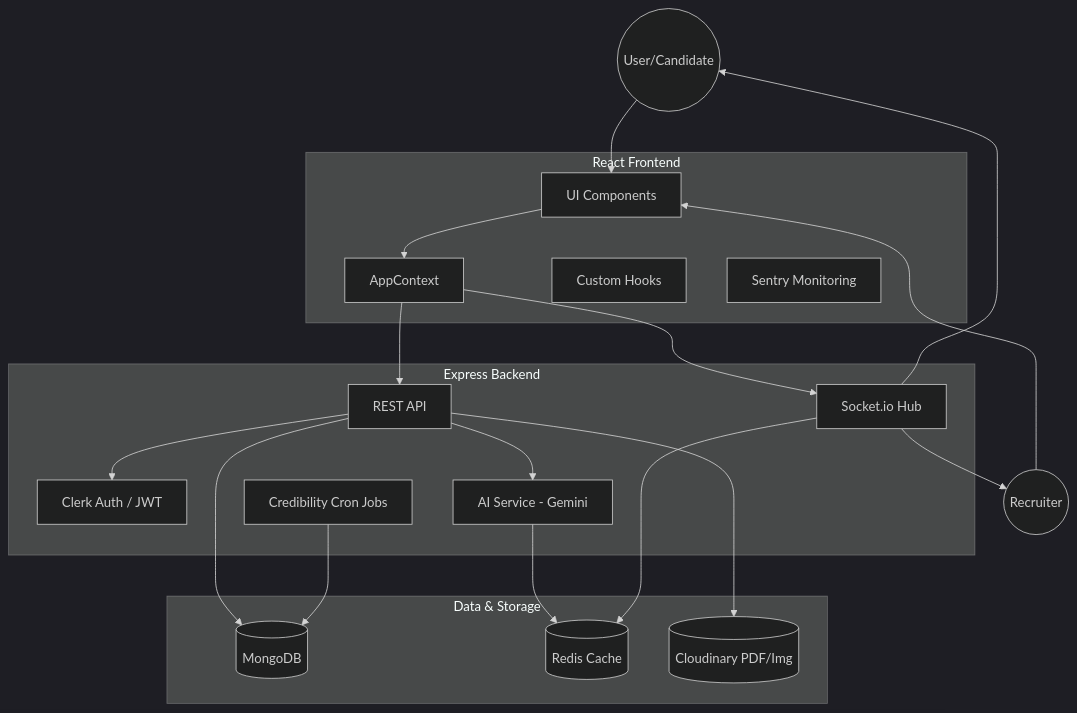
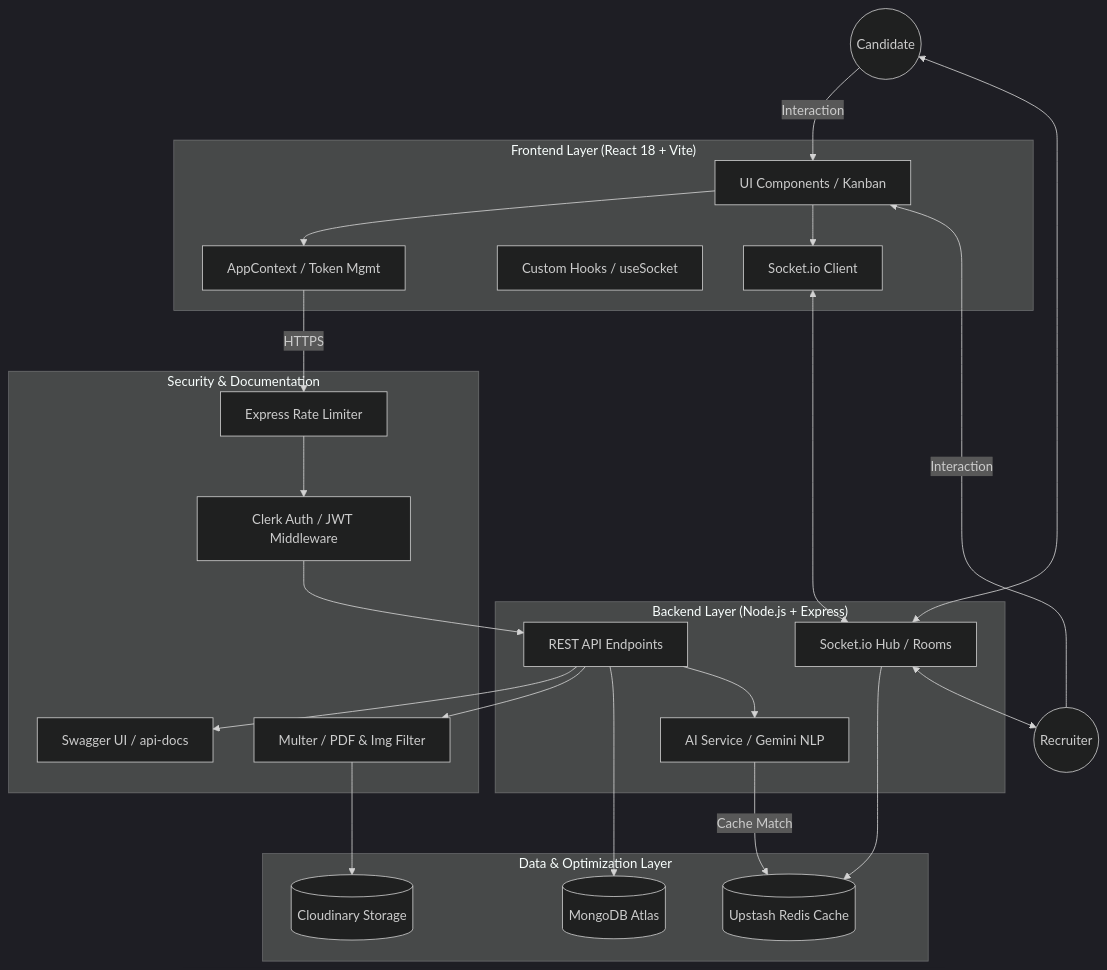
The diagram in docs/architecture.mmd (SriHarshaRajuY/SkillNest), drawn with Mermaid (dark theme) before and after one commit. The commit also changed 1 other file, not shown here.

Commit message:
included architecture.mmd file

```diff
--- a/docs/architecture.mmd
+++ b/docs/architecture.mmd
@@ -1,43 +1,53 @@
 graph TD
-    User((User/Candidate))
+    User((Candidate))
     Recruiter((Recruiter))
     
-    subgraph Frontend [React Frontend]
-        UI[UI Components]
-        Context[AppContext]
-        Hooks[Custom Hooks]
-        Sentry[Sentry Monitoring]
+    subgraph Frontend ["Frontend Layer (React 18 + Vite)"]
+        UI[UI Components / Kanban]
+        Context[AppContext / Token Mgmt]
+        Hooks[Custom Hooks / useSocket]
+        SocketClient[Socket.io Client]
     end
     
-    subgraph Backend [Express Backend]
-        API[REST API]
-        Socket[Socket.io Hub]
-        Auth[Clerk Auth / JWT]
-        AI[AI Service - Gemini]
-        Cron[Credibility Cron Jobs]
+    subgraph Security ["Security & Documentation"]
+        Swagger[Swagger UI / api-docs]
+        Multer[Multer / PDF & Img Filter]
+        RateLimit[Express Rate Limiter]
+        Clerk[Clerk Auth / JWT Middleware]
     end
     
-    subgraph Data [Data & Storage]
-        Mongo[(MongoDB)]
-        Redis[(Redis Cache)]
-        Cloudinary[(Cloudinary PDF/Img)]
+    subgraph Backend ["Backend Layer (Node.js + Express)"]
+        API[REST API Endpoints]
+        SocketHub[Socket.io Hub / Rooms]
+        AI[AI Service / Gemini NLP]
     end
     
-    User --> UI
-    Recruiter --> UI
+    subgraph Data ["Data & Optimization Layer"]
+        Mongo[(MongoDB Atlas)]
+        Redis[(Upstash Redis Cache)]
+        Cloudinary[(Cloudinary Storage)]
+    end
+    
+    %% Connections
+    User -->|Interaction| UI
+    Recruiter -->|Interaction| UI
+    
     UI --> Context
-    Context --> API
-    Context --> Socket
+    UI --> SocketClient
     
-    API --> Auth
+    Context -->|HTTPS| RateLimit
+    RateLimit --> Clerk
+    Clerk --> API
+    
+    API --> Swagger
+    API --> Multer
+    Multer --> Cloudinary
+    
+    API --> Mongo
     API --> AI
-    API --> Mongo
-    API --> Cloudinary
+    AI -->|Cache Match| Redis
     
-    AI --> Redis
-    
-    Socket --> Redis
-    Socket --> User
-    Socket --> Recruiter
-    
-    Cron --> Mongo
+    SocketClient <--> SocketHub
+    SocketHub --> Redis
+    SocketHub <--> User
+    SocketHub <--> Recruiter
```
